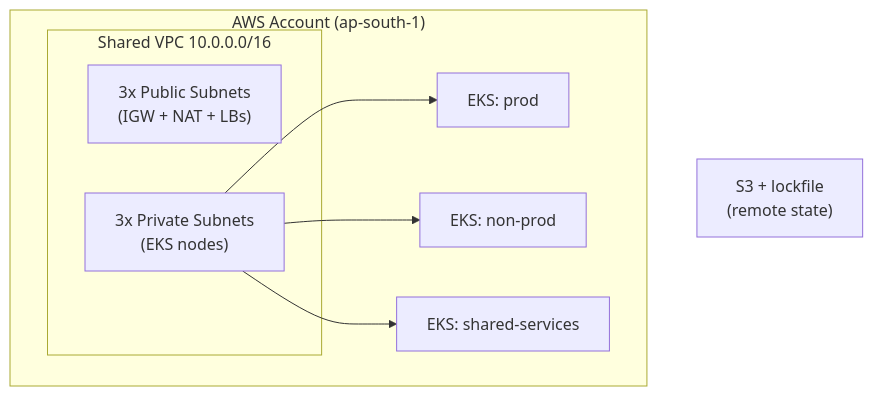
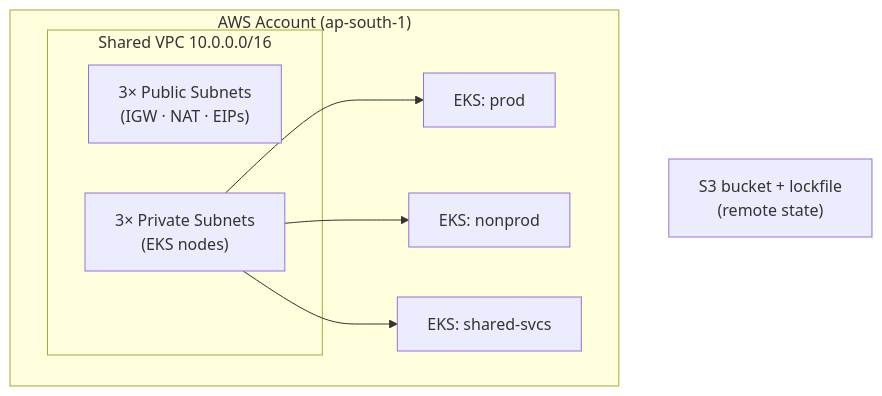
The diagram in README.md (yuvrajdevx/production-grade-aws), drawn with Mermaid before and after one commit. The commit also changed other lines of this file and 6 other files, not shown here.

````diff
--- a/README.md
+++ b/README.md
@@ -15,16 +15,16 @@
 ```mermaid
 graph TD
     subgraph AWS["AWS Account (ap-south-1)"]
-        subgraph VPC["Shared VPC 10.0.0.0/16"]
-            PUB["3x Public Subnets<br/>(IGW + NAT + LBs)"]
-            PRIV["3x Private Subnets<br/>(EKS nodes)"]
+        subgraph VPC["Shared VPC  10.0.0.0/16"]
+            PUB["3× Public Subnets\n(IGW · NAT · EIPs)"]
+            PRIV["3× Private Subnets\n(EKS nodes)"]
         end
         PROD["EKS: prod"]
-        NONPROD["EKS: non-prod"]
-        SHARED["EKS: shared-services"]
+        NONPROD["EKS: nonprod"]
+        SHARED["EKS: shared-svcs"]
     end
     PRIV --> PROD
     PRIV --> NONPROD
     PRIV --> SHARED
-    S3["S3 + lockfile<br/>(remote state)"]
+    S3["S3 bucket + lockfile\n(remote state)"]
 ```
````
